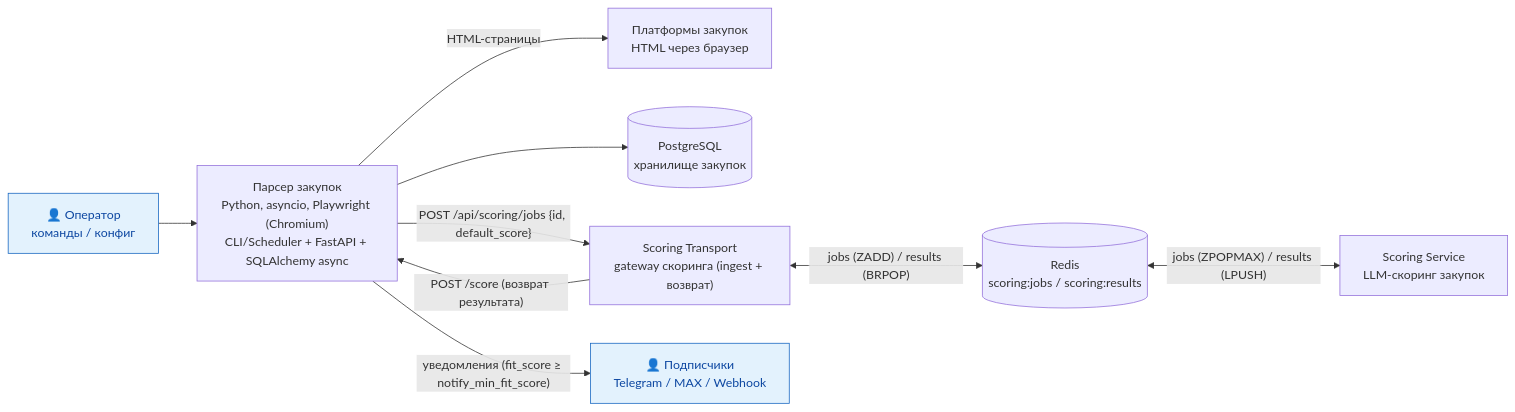
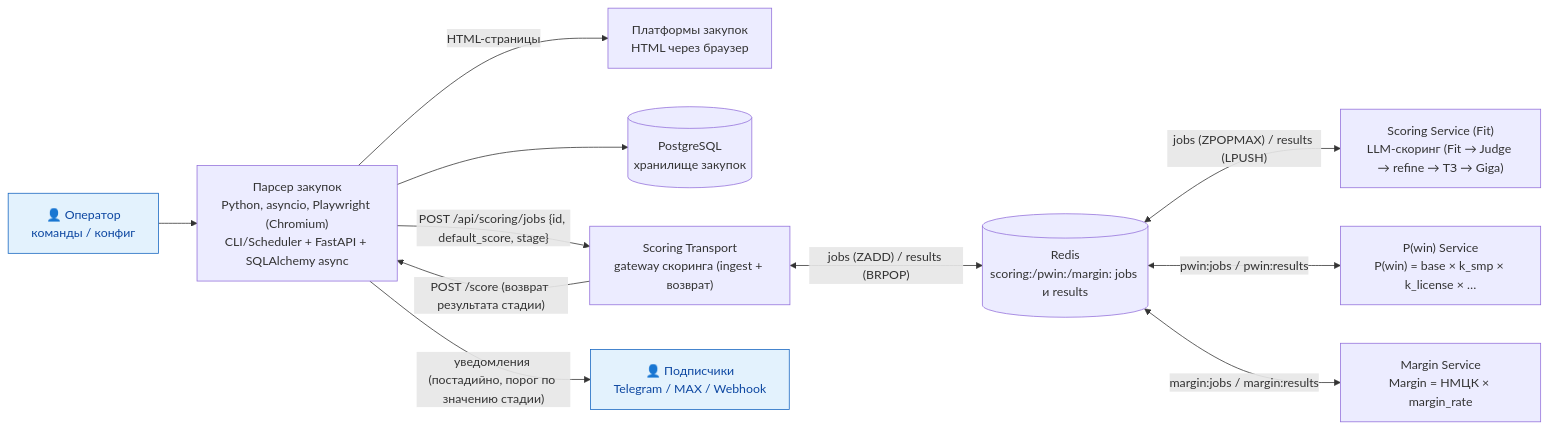
One commit to igorvolk1961/zakupki_parser changed the diagram in docs/c4/container.md. Above: the diagram before and after it, drawn with Mermaid. The commit also changed other lines of this file and 32 other files, not shown here.

First line of the commit message:
docs и код: каскад скоринга Fit→P(win)→Margin, score_method vector→sim, web-редактирование промптов

````diff
--- a/docs/c4/container.md
+++ b/docs/c4/container.md
@@ -5,25 +5,29 @@
 ```mermaid
 flowchart LR
     classDef actor fill:#e3f2fd,stroke:#1565c0,color:#0d47a1
 
     U["👤 Оператор<br/>команды / конфиг"]
     P["Парсер закупок<br/>Python, asyncio, Playwright (Chromium)<br/>CLI/Scheduler + FastAPI + SQLAlchemy async"]
 
     Z["Платформы закупок<br/>HTML через браузер"]
     DB[("PostgreSQL<br/>хранилище закупок")]
     TR["Scoring Transport<br/>gateway скоринга (ingest + возврат)"]
-    RS[("Redis<br/>scoring:jobs / scoring:results")]
-    SG["Scoring Service<br/>LLM-скоринг закупок"]
+    RS[("Redis<br/>scoring:/pwin:/margin: jobs и results")]
+    SF["Scoring Service (Fit)<br/>LLM-скоринг (Fit → Judge → refine → ТЗ → Giga)"]
+    SP["P(win) Service<br/>P(win) = base × k_smp × k_license × …"]
+    SM["Margin Service<br/>Margin = НМЦК × margin_rate"]
     SUB["👤 Подписчики<br/>Telegram / MAX / Webhook"]
 
     U --> P
     P -->|"HTML-страницы"| Z
     P --> DB
-    P -->|"POST /api/scoring/jobs {id, default_score}"| TR
+    P -->|"POST /api/scoring/jobs {id, default_score, stage}"| TR
     TR <-->|"jobs (ZADD) / results (BRPOP)"| RS
-    RS <-->|"jobs (ZPOPMAX) / results (LPUSH)"| SG
-    TR -->|"POST /score (возврат результата)"| P
-    P -->|"уведомления (fit_score ≥ notify_min_fit_score)"| SUB
+    RS <-->|"jobs (ZPOPMAX) / results (LPUSH)"| SF
+    RS <-->|"pwin:jobs / pwin:results"| SP
+    RS <-->|"margin:jobs / margin:results"| SM
+    TR -->|"POST /score (возврат результата стадии)"| P
+    P -->|"уведомления (постадийно, порог по значению стадии)"| SUB
 
     class U,SUB actor
 ```
````
